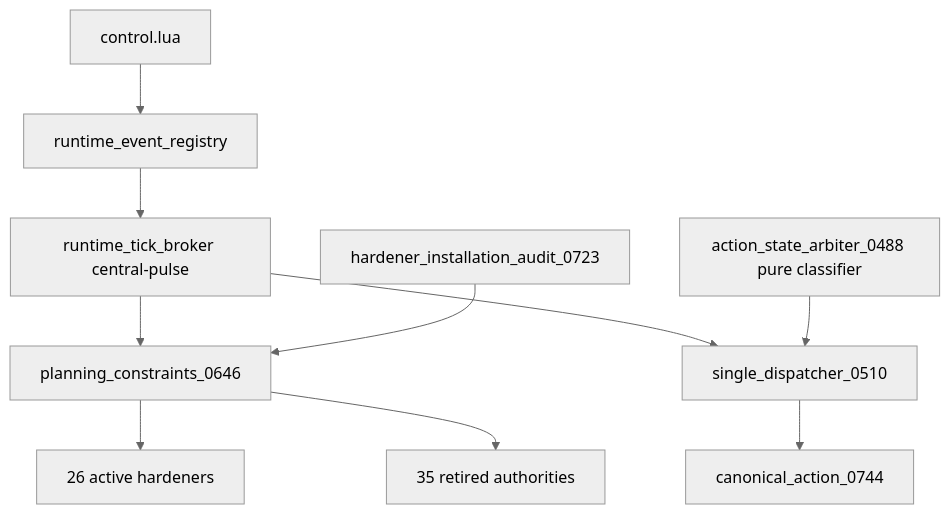
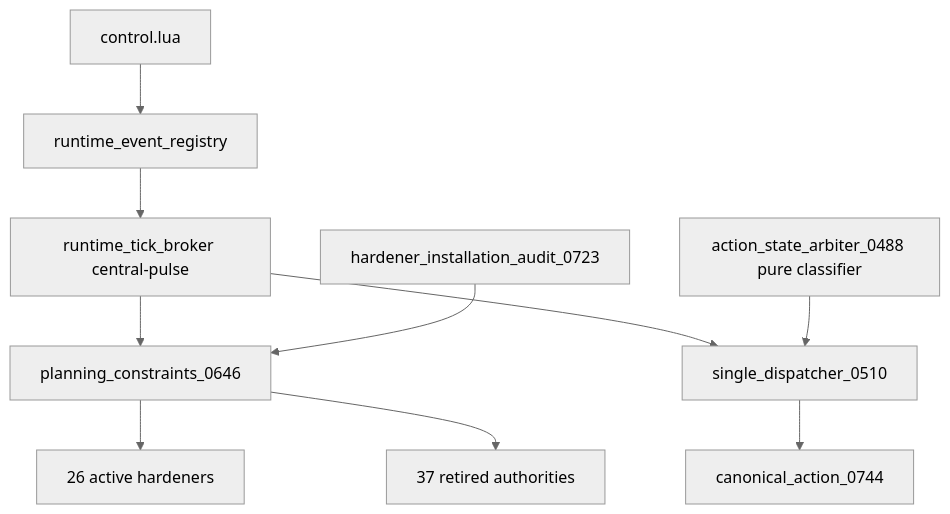
One commit to mrcalzon02/Tech-Priests changed the first of 12 diagrams in docs/RECOVERY_AUTHORITY_MAP_CURRENT.md. Above: the diagram before and after it, drawn with Mermaid (neutral theme). The commit also changed other lines of this file and 24 other files, not shown here.

````diff
--- a/docs/RECOVERY_AUTHORITY_MAP_CURRENT.md
+++ b/docs/RECOVERY_AUTHORITY_MAP_CURRENT.md
@@ -13,12 +13,12 @@
 ```mermaid
 flowchart TD
     Control[control.lua] --> Registry[runtime_event_registry]
     Registry --> Broker[runtime_tick_broker central-pulse]
     Broker --> Planning[planning_constraints_0646]
     Planning --> Prearm[26 active hardeners]
-    Planning --> Retired[35 retired authorities]
+    Planning --> Retired[37 retired authorities]
     Broker --> Dispatcher[single_dispatcher_0510]
     Dispatcher --> Action[canonical_action_0744]
     Arbiter[action_state_arbiter_0488 pure classifier] --> Dispatcher
     Finalizer[hardener_installation_audit_0723] --> Planning
 ```
````
